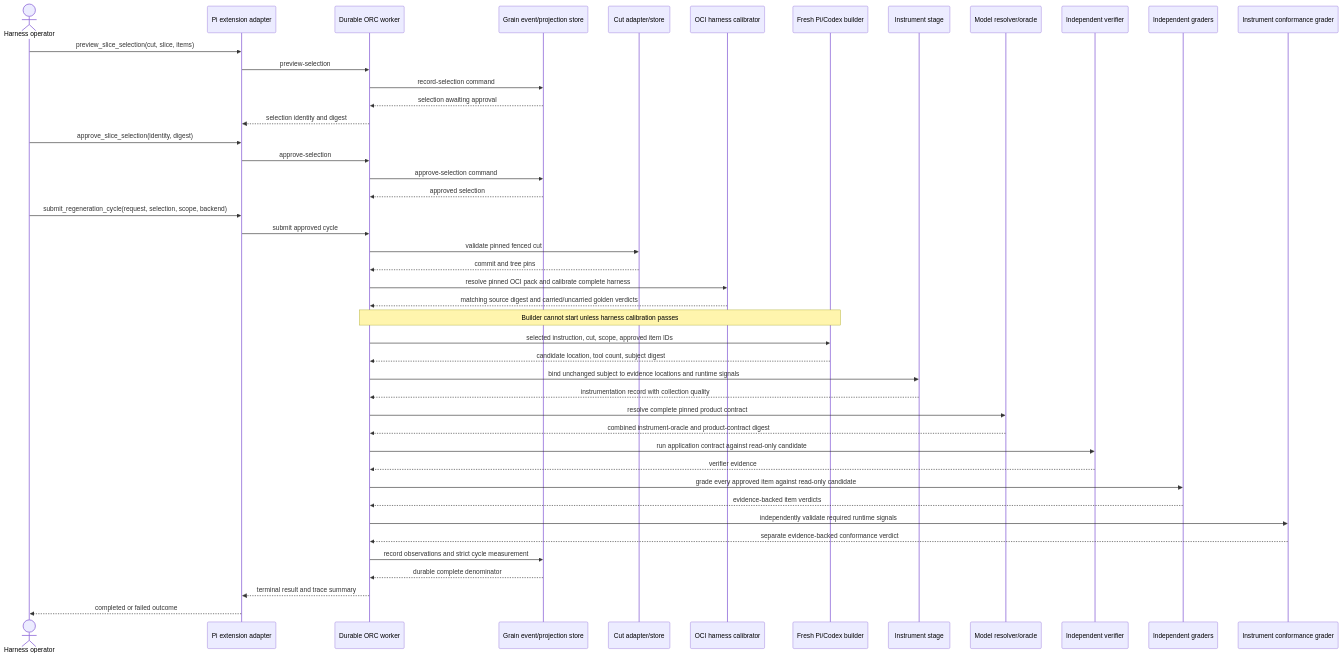
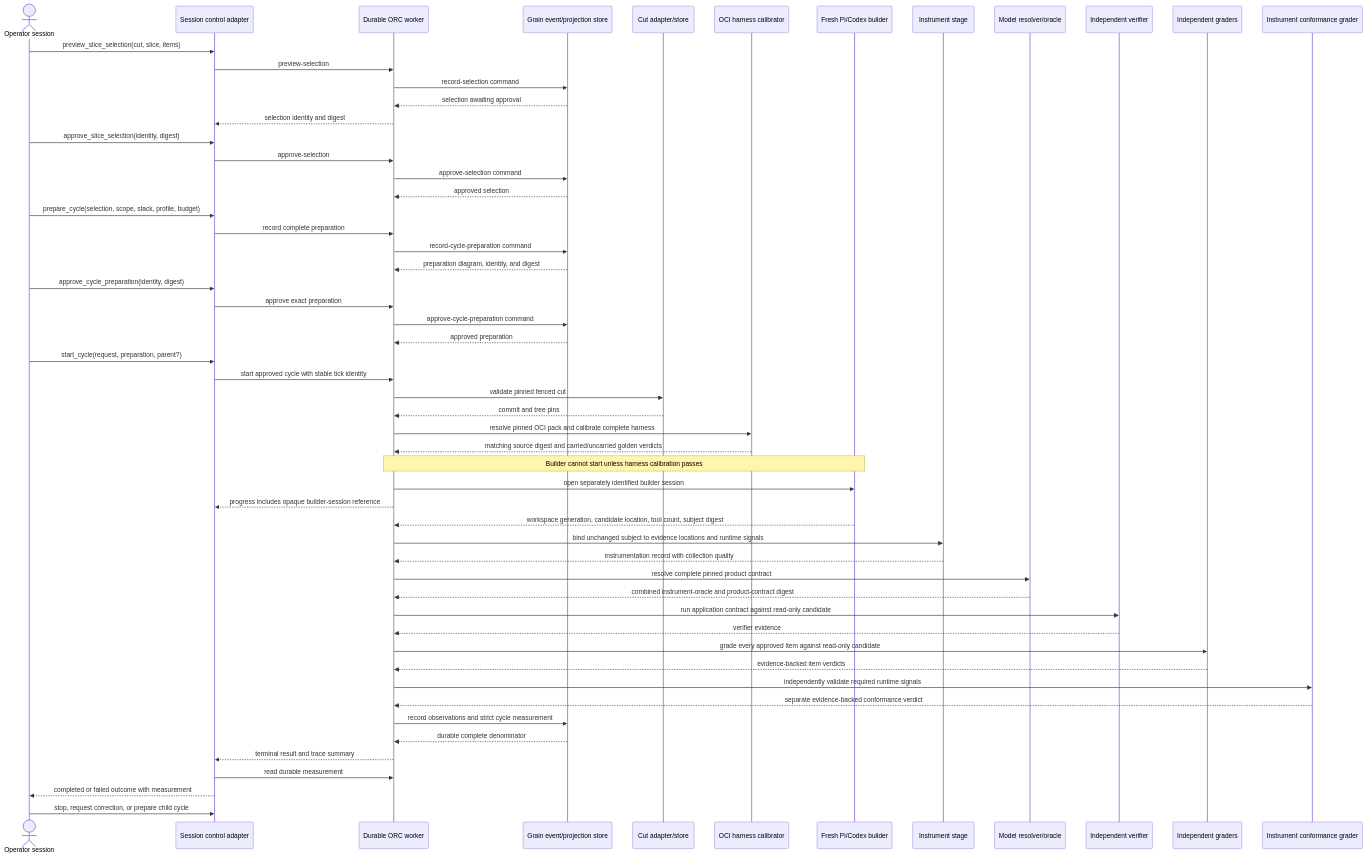
One commit to scope-impact/loyly changed the fifth of 8 diagrams in .pi/architecture.md. Above: the diagram before and after it, drawn with Mermaid. The commit also changed other lines of this file and 121 other files, not shown here.

Commit message:
refactor(pi-harness): align ORC worker namespaces

````diff
--- a/.pi/architecture.md
+++ b/.pi/architecture.md
@@ -172,48 +221,59 @@
 ```mermaid
 sequenceDiagram
-    actor Operator as Harness operator
-    participant Pi as Pi extension adapter
+    actor Operator as Operator session
+    participant Pi as Session control adapter
     participant ORC as Durable ORC worker
     participant Grain as Grain event/projection store
     participant Cut as Cut adapter/store
     participant Calibration as OCI harness calibrator
     participant Builder as Fresh Pi/Codex builder
     participant Instrument as Instrument stage
     participant Oracle as Model resolver/oracle
     participant Verify as Independent verifier
     participant Grade as Independent graders
     participant Conformance as Instrument conformance grader
 
     Operator->>Pi: preview_slice_selection(cut, slice, items)
     Pi->>ORC: preview-selection
     ORC->>Grain: record-selection command
     Grain-->>ORC: selection awaiting approval
     ORC-->>Pi: selection identity and digest
     Operator->>Pi: approve_slice_selection(identity, digest)
     Pi->>ORC: approve-selection
     ORC->>Grain: approve-selection command
     Grain-->>ORC: approved selection
-    Operator->>Pi: submit_regeneration_cycle(request, selection, scope, backend)
-    Pi->>ORC: submit approved cycle
+    Operator->>Pi: prepare_cycle(selection, scope, stack, profile, budget)
+    Pi->>ORC: record complete preparation
+    ORC->>Grain: record-cycle-preparation command
+    Grain-->>ORC: preparation diagram, identity, and digest
+    Operator->>Pi: approve_cycle_preparation(identity, digest)
+    Pi->>ORC: approve exact preparation
+    ORC->>Grain: approve-cycle-preparation command
+    Grain-->>ORC: approved preparation
+    Operator->>Pi: start_cycle(request, preparation, parent?)
+    Pi->>ORC: start approved cycle with stable tick identity
     ORC->>Cut: validate pinned fenced cut
     Cut-->>ORC: commit and tree pins
     ORC->>Calibration: resolve pinned OCI pack and calibrate complete harness
     Calibration-->>ORC: matching source digest and carried/uncarried golden verdicts
     Note over ORC,Builder: Builder cannot start unless harness calibration passes
-    ORC->>Builder: selected instruction, cut, scope, approved item IDs
-    Builder-->>ORC: candidate location, tool count, subject digest
+    ORC->>Builder: open separately identified builder session
+    ORC-->>Pi: progress includes opaque builder-session reference
+    Builder-->>ORC: workspace generation, candidate location, tool count, subject digest
     ORC->>Instrument: bind unchanged subject to evidence locations and runtime signals
     Instrument-->>ORC: instrumentation record with collection quality
     ORC->>Oracle: resolve complete pinned product contract
     Oracle-->>ORC: combined instrument-oracle and product-contract digest
     ORC->>Verify: run application contract against read-only candidate
     Verify-->>ORC: verifier evidence
     ORC->>Grade: grade every approved item against read-only candidate
     Grade-->>ORC: evidence-backed item verdicts
     ORC->>Conformance: independently validate required runtime signals
     Conformance-->>ORC: separate evidence-backed conformance verdict
     ORC->>Grain: record observations and strict cycle measurement
     Grain-->>ORC: durable complete denominator
     ORC-->>Pi: terminal result and trace summary
-    Pi-->>Operator: completed or failed outcome
+    Pi->>ORC: read durable measurement
+    Pi-->>Operator: completed or failed outcome with measurement
+    Operator->>Pi: stop, request correction, or prepare child cycle
 ```
````
